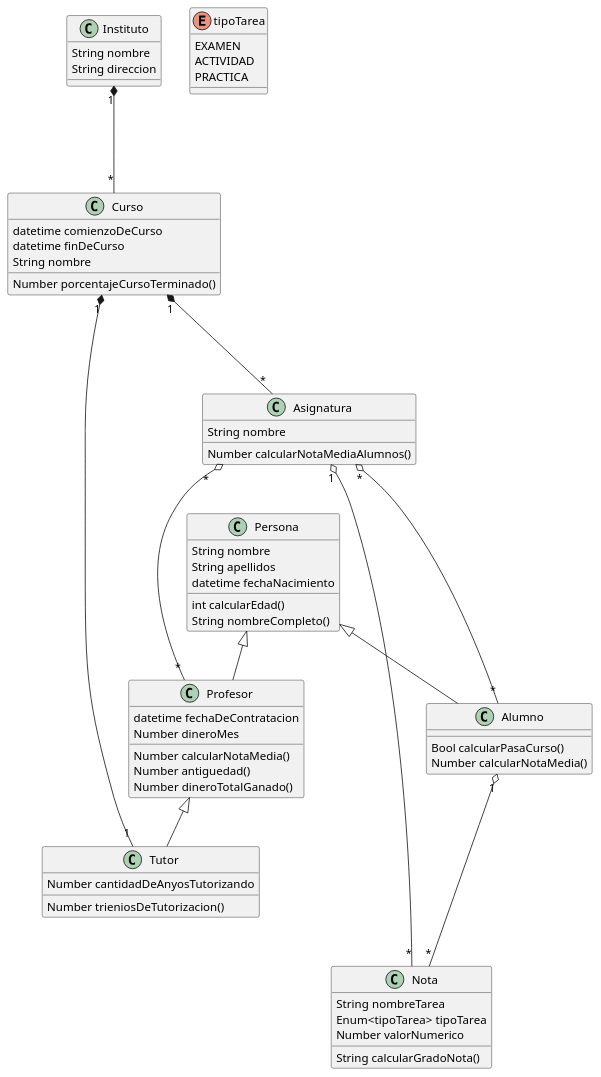
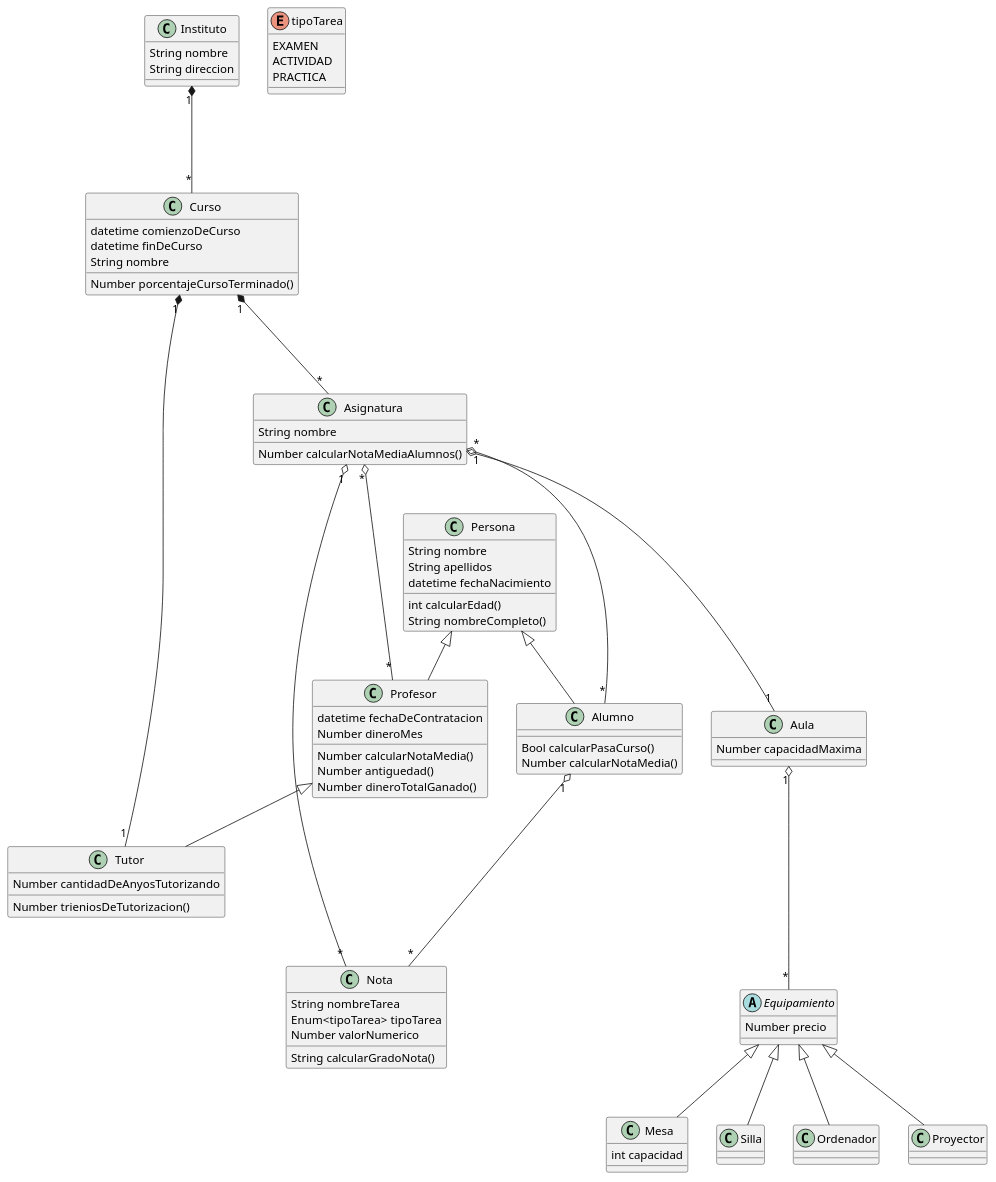
One commit to manelme/alandalus_pyc2 changed the diagram in uml/DiagramaClases.puml. Above: the diagram before and after it, drawn with PlantUML.

Commit message:
modificaciones en diagrama de clases

```diff
--- a/uml/DiagramaClases.puml
+++ b/uml/DiagramaClases.puml
@@ -1,62 +1,82 @@
 @startuml DiagramaClases
 
 Instituto "1" *--- "*" Curso
 Curso "1" *--- "*" Asignatura
 Curso  "1" *--- "1" Tutor
 Asignatura "*" o--- "*" Profesor
 Asignatura "*" o--- "*" Alumno
+Asignatura "1" o--- "1" Aula
+Aula "1" o--- "*" Equipamiento
 Alumno "1" o--- "*" Nota
 Asignatura "1" o--- "*" Nota
 
 Persona <|-- Profesor
 Persona <|-- Alumno
 Profesor <|-- Tutor
+Equipamiento <|-- Mesa
+Equipamiento <|-- Silla
+Equipamiento <|-- Ordenador
+Equipamiento <|-- Proyector
+
 
 class Persona {
     String nombre
     String apellidos
     datetime fechaNacimiento
     int calcularEdad()
     String nombreCompleto()
 }
 class Alumno {
     Bool calcularPasaCurso()
     Number calcularNotaMedia()
 }
 class Profesor {
     datetime fechaDeContratacion
     Number dineroMes
     Number calcularNotaMedia()
     Number antiguedad()
     Number dineroTotalGanado()
 }
 class Tutor {
     Number cantidadDeAnyosTutorizando
     Number trieniosDeTutorizacion()
 }
 class Instituto {
     String nombre
     String direccion
 }
 class Asignatura {
     String nombre
     Number calcularNotaMediaAlumnos()
 }
 class Curso {
     datetime comienzoDeCurso
     datetime finDeCurso
     String nombre
     Number porcentajeCursoTerminado()
 }
+class Aula {
+    Number capacidadMaxima
+    
+}
 class Nota {
     String nombreTarea
     Enum<tipoTarea> tipoTarea
     Number valorNumerico
     String calcularGradoNota()
 }
 enum tipoTarea {
   EXAMEN
   ACTIVIDAD
   PRACTICA
 }
+abstract Equipamiento {
+    Number precio
+}
+class Mesa{
+    int capacidad
+}
+class Silla{
+
+}
 @enduml
```
